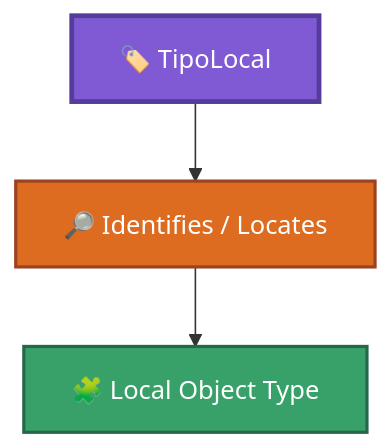
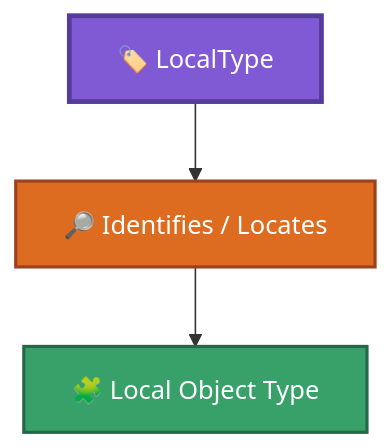
One commit to JuanCrakYT/RtG-Format changed the first of 9 diagrams in research/unknowns.md. Above: the diagram before and after it, drawn with Mermaid. The commit also changed other lines of this file and 11 other files, not shown here.

````diff
--- a/research/unknowns.md
+++ b/research/unknowns.md
@@ -29,13 +29,13 @@
 ```mermaid
 flowchart TD
-    LOCAL["🏷️ TipoLocal"] --> IDENTIFIES["🔎 Identifies / Locates"]
+    LOCAL["🏷️ LocalType"] --> IDENTIFIES["🔎 Identifies / Locates"]
     IDENTIFIES --> TYPE["🧩 Local Object Type"]
 
     classDef local fill:#805ad5,color:#fff,stroke:#553c9a,stroke-width:3px;
     classDef identifies fill:#dd6b20,color:#fff,stroke:#9c4221,stroke-width:2px;
     classDef type fill:#38a169,color:#fff,stroke:#276749,stroke-width:2px;
 
     class LOCAL local;
     class IDENTIFIES identifies;
     class TYPE type;
 ```
````
